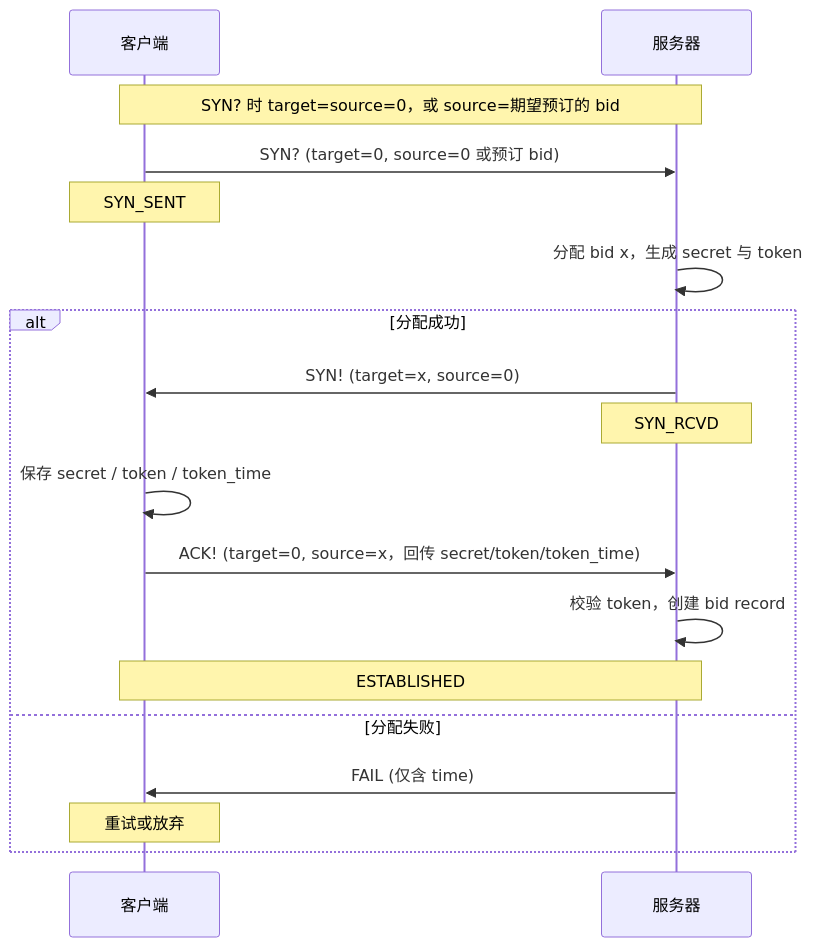
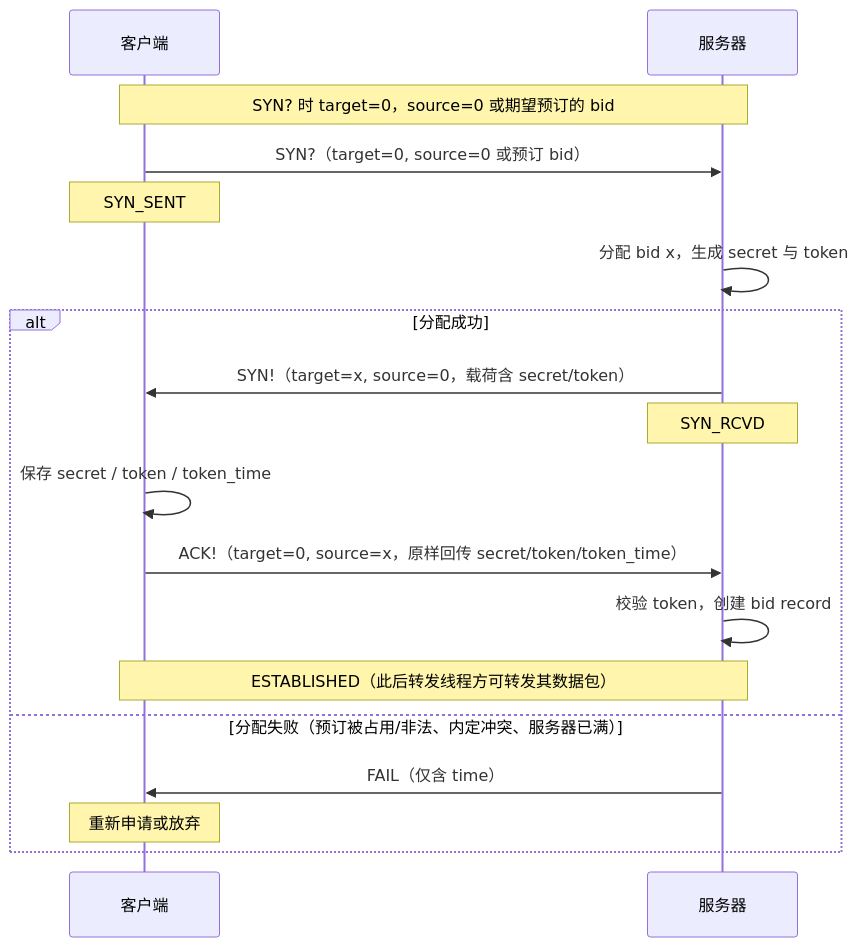
One commit to moky/magpie changed the first of 4 diagrams in docs/workflow.md. Above: the diagram before and after it, drawn with Mermaid. The commit also changed other lines of this file and 9 other files, not shown here.

````diff
--- a/docs/workflow.md
+++ b/docs/workflow.md
@@ -33,20 +35,20 @@
 ```mermaid
 sequenceDiagram
     participant C as 客户端
     participant S as 服务器
-    Note over C,S: SYN? 时 target=source=0，或 source=期望预订的 bid
-    C->>S: SYN? (target=0, source=0 或预订 bid)
+    Note over C,S: SYN? 时 target=0，source=0 或期望预订的 bid
+    C->>S: SYN?（target=0, source=0 或预订 bid）
     Note over C: SYN_SENT
     S->>S: 分配 bid x，生成 secret 与 token
     alt 分配成功
-        S->>C: SYN! (target=x, source=0)
+        S->>C: SYN!（target=x, source=0，载荷含 secret/token）
         Note over S: SYN_RCVD
         C->>C: 保存 secret / token / token_time
-        C->>S: ACK! (target=0, source=x，回传 secret/token/token_time)
+        C->>S: ACK!（target=0, source=x，原样回传 secret/token/token_time）
         S->>S: 校验 token，创建 bid record
-        Note over C,S: ESTABLISHED
-    else 分配失败
-        S->>C: FAIL (仅含 time)
-        Note over C: 重试或放弃
+        Note over C,S: ESTABLISHED（此后转发线程方可转发其数据包）
+    else 分配失败（预订被占用/非法、内定冲突、服务器已满）
+        S->>C: FAIL（仅含 time）
+        Note over C: 重新申请或放弃
     end
 ```
````
